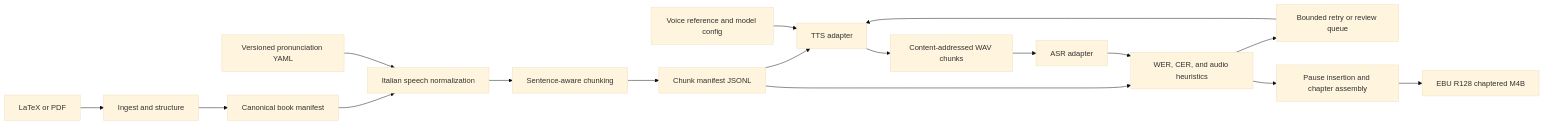
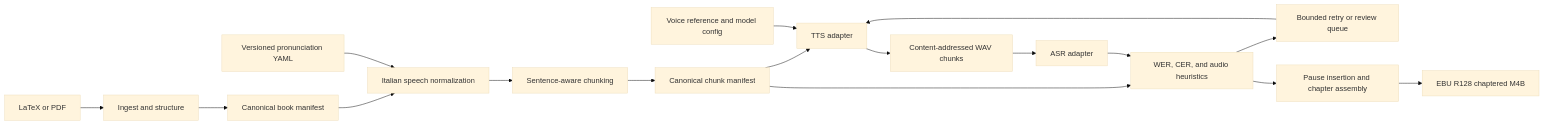
One commit to alsora/bilbo-tts changed the diagram in design.md. Above: the diagram before and after it, drawn with Mermaid (base theme). The commit also changed other lines of this file and 3 other files, not shown here.

````diff
--- a/design.md
+++ b/design.md
@@ -29,19 +29,19 @@
 ```mermaid
 flowchart LR
     source["LaTeX or PDF"] --> ingest["Ingest and structure"]
     ingest --> document["Canonical book manifest"]
     document --> normalize["Italian speech normalization"]
     lexicon["Versioned pronunciation YAML"] --> normalize
     normalize --> chunk["Sentence-aware chunking"]
-    chunk --> chunkManifest["Chunk manifest JSONL"]
+    chunk --> chunkManifest["Canonical chunk manifest"]
     chunkManifest --> tts["TTS adapter"]
     voice["Voice reference and model config"] --> tts
     tts --> wav["Content-addressed WAV chunks"]
     wav --> asr["ASR adapter"]
     chunkManifest --> verify["WER, CER, and audio heuristics"]
     asr --> verify
     verify --> retry["Bounded retry or review queue"]
     retry --> tts
     verify --> assemble["Pause insertion and chapter assembly"]
     assemble --> m4b["EBU R128 chaptered M4B"]
 ```
````
